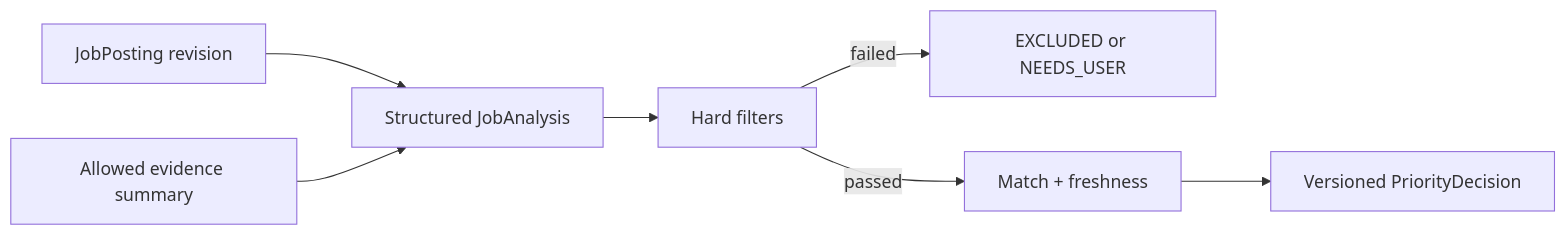
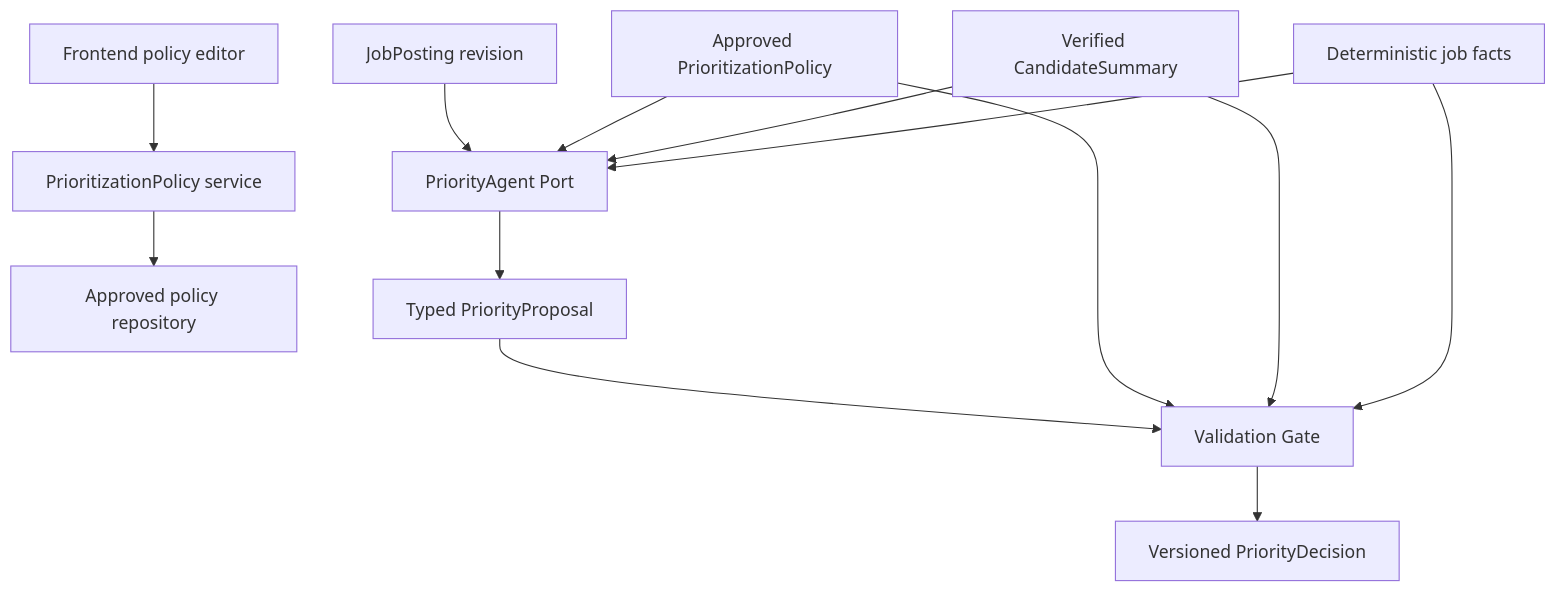
The third of 7 diagrams in development_doc/ARCHITECTURE.md (yuyao-wang/Jobops), drawn with Mermaid before and after one commit. The commit also changed other lines of this file and 41 other files, not shown here.

````diff
--- a/development_doc/ARCHITECTURE.md
+++ b/development_doc/ARCHITECTURE.md
@@ -147,9 +354,16 @@
 ```mermaid
-flowchart LR
-    J["JobPosting revision"] --> A["Structured JobAnalysis"]
-    E["Allowed evidence summary"] --> A
-    A --> H["Hard filters"]
-    H -->|failed| X["EXCLUDED or NEEDS_USER"]
-    H -->|passed| C["Match + freshness"]
-    C --> D["Versioned PriorityDecision"]
+flowchart TB
+    UI["Frontend policy editor"] --> PS["PrioritizationPolicy service"]
+    PS --> PR["Approved policy repository"]
+
+    J["JobPosting revision"] --> PA["PriorityAgent Port"]
+    P["Approved PrioritizationPolicy"] --> PA
+    C["Verified CandidateSummary"] --> PA
+    F["Deterministic job facts"] --> PA
+    PA --> PP["Typed PriorityProposal"]
+    PP --> V["Validation Gate"]
+    P --> V
+    C --> V
+    F --> V
+    V --> D["Versioned PriorityDecision"]
 ```
````
